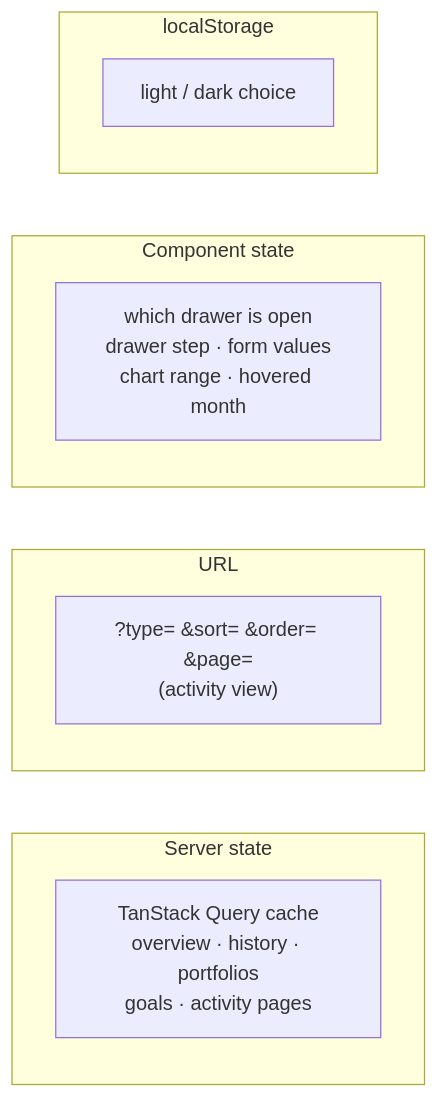
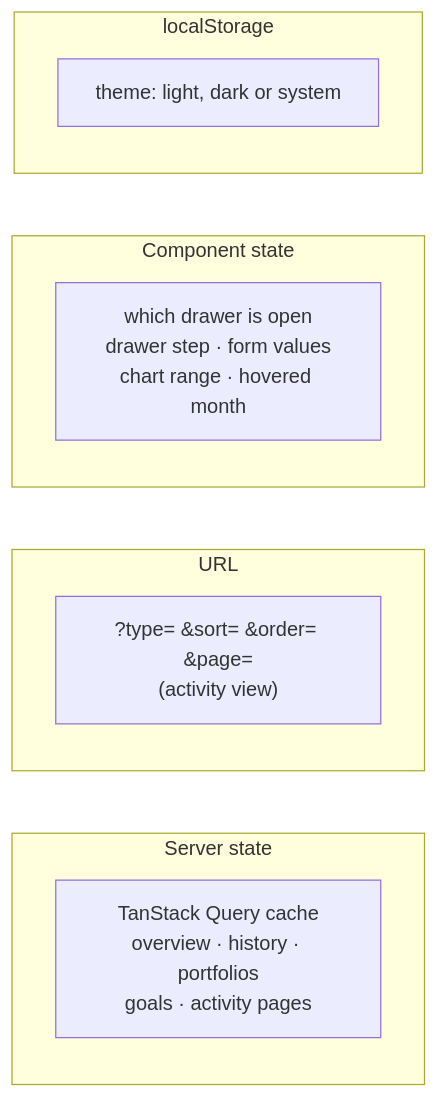
Before and after one commit to LBakerDev/meridian-dashboard: the fifth of 9 diagrams in docs/architecture.md, drawn with Mermaid. The commit also changed other lines of this file and 6 other files, not shown here.

Commit message:
feat: account menu with initials avatar and Light/Dark/System theme

````diff
--- a/docs/architecture.md
+++ b/docs/architecture.md
@@ -122,15 +122,15 @@
 ```mermaid
 flowchart LR
   subgraph Server["Server state"]
     TQ["TanStack Query cache<br/>overview · history · portfolios<br/>goals · activity pages"]
   end
   subgraph URL["URL"]
     P["?type= &sort= &order= &page=<br/>(activity view)"]
   end
   subgraph Local["Component state"]
     L["which drawer is open<br/>drawer step · form values<br/>chart range · hovered month"]
   end
   subgraph Storage["localStorage"]
-    LS["light / dark choice"]
+    LS["theme: light, dark or system"]
   end
 ```
````
